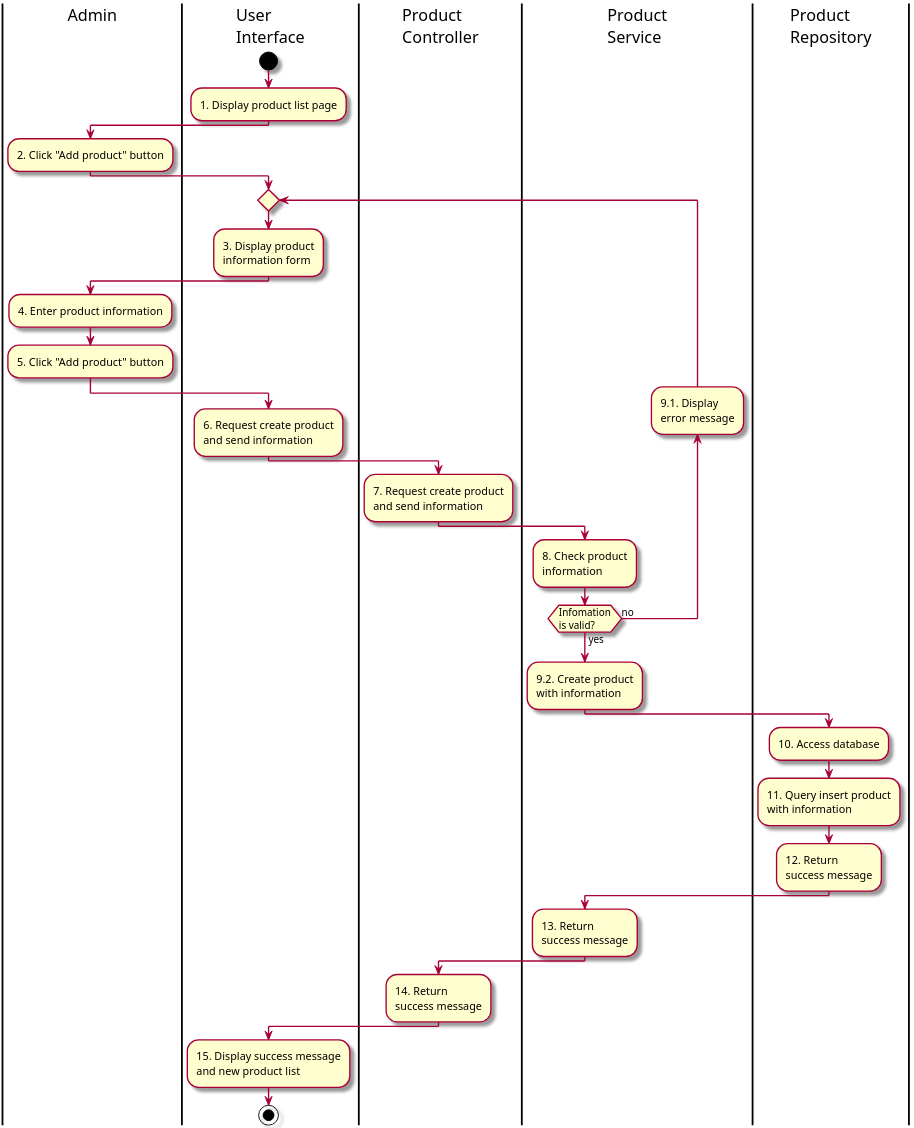
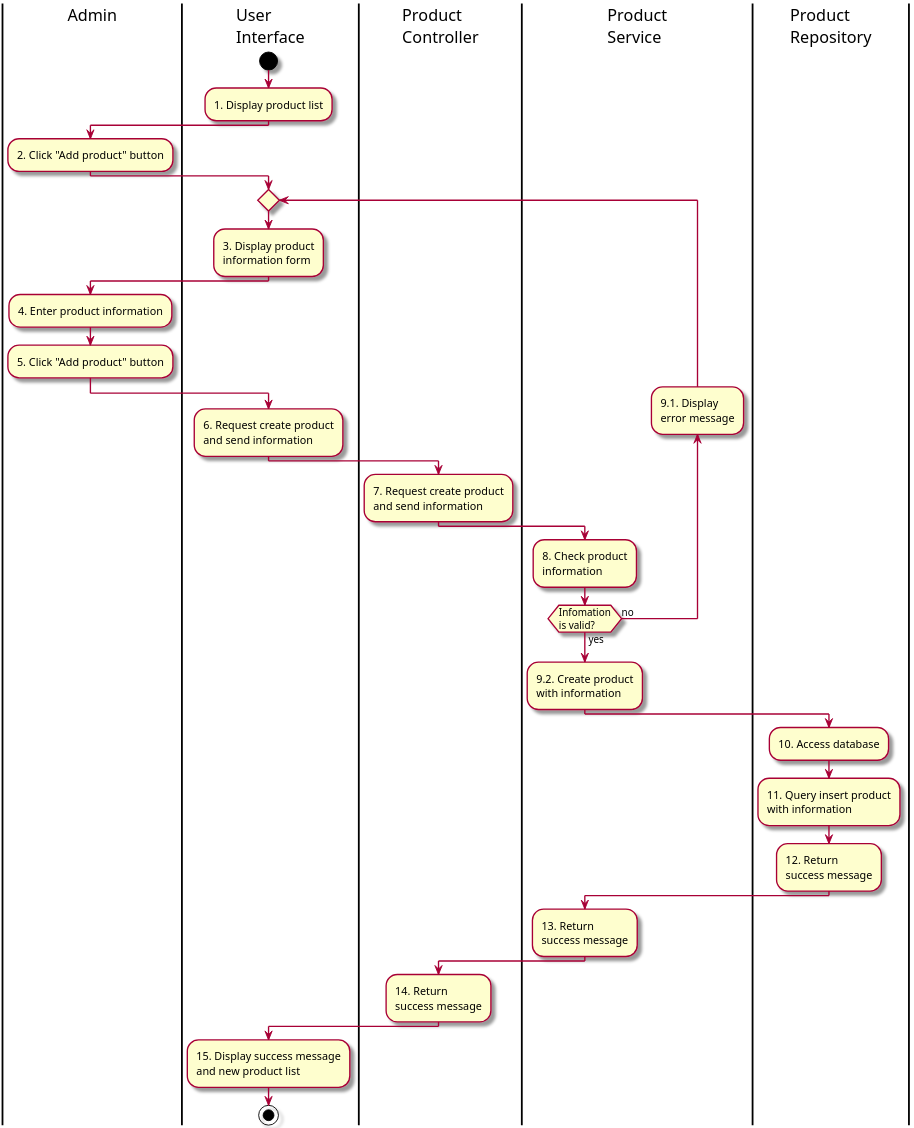
The diagram in Activity/1.1. ActAddProduct.puml (Marowota/ecommerce-plantuml), drawn with PlantUML before and after one commit. The commit also changed 7 other files, not shown here.

Commit message:
add some product diagram

```diff
--- a/Activity/1.1. ActAddProduct.puml
+++ b/Activity/1.1. ActAddProduct.puml
@@ -1,43 +1,43 @@
 @startuml ActAddProduct
 
 skin rose
 scale 3
 
 |Admin|
 |User\nInterface|
 |Product\nController|
 |Product\nService|
 |Product\nRepository|
 |User\nInterface|
 start
-:1. Display product list page;
+:1. Display product list;
 |Admin|
 :2. Click "Add product" button;
 |User\nInterface|
 repeat
 :3. Display product\ninformation form;
 |Admin|
 :4. Enter product information;
 :5. Click "Add product" button;
 |User\nInterface|
 :6. Request create product\nand send information;
 |Product\nController|
 :7. Request create product\nand send information;
 |Product\nService|
 :8. Check product\ninformation;
 backward :9.1. Display\nerror message;
 repeat while(Infomation\nis valid?) is(no) not(yes)
 :9.2. Create product\nwith information;
 |Product\nRepository|
 :10. Access database;
 :11. Query insert product\nwith information;
 :12. Return\nsuccess message;
 |Product\nService|
 :13. Return\nsuccess message;
 |Product\nController|
 :14. Return\nsuccess message;
 |User\nInterface|
 :15. Display success message\nand new product list;
 stop
 
 @enduml
```
